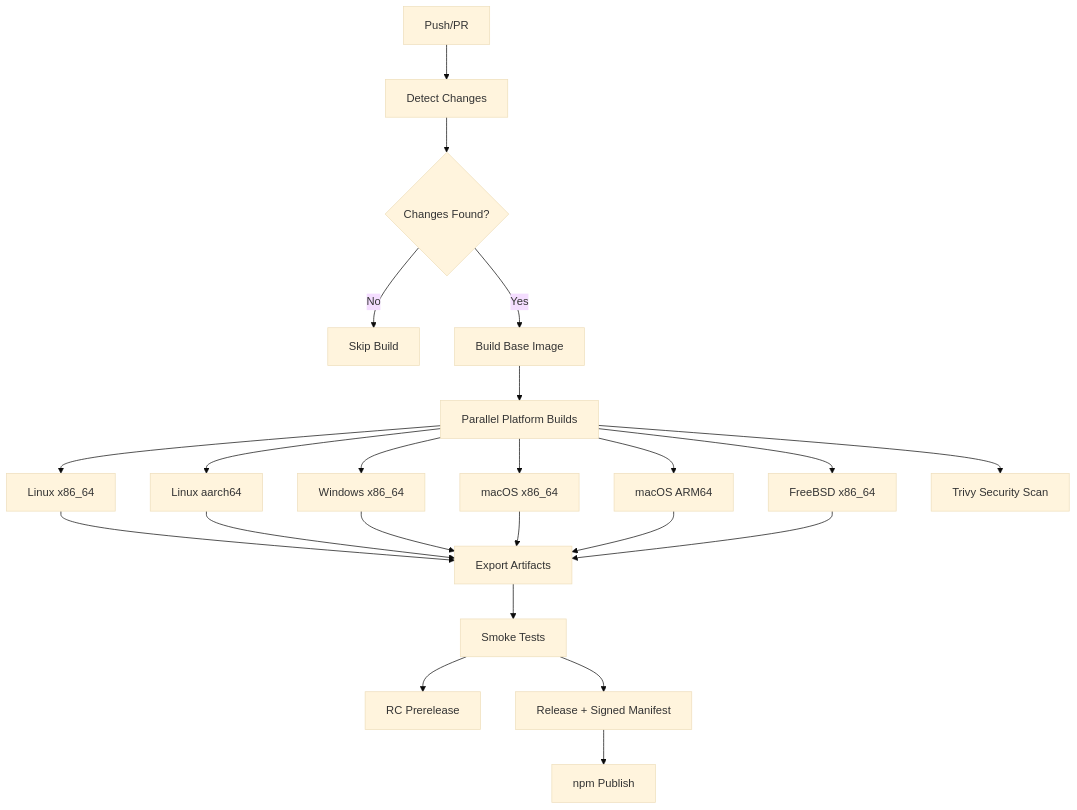
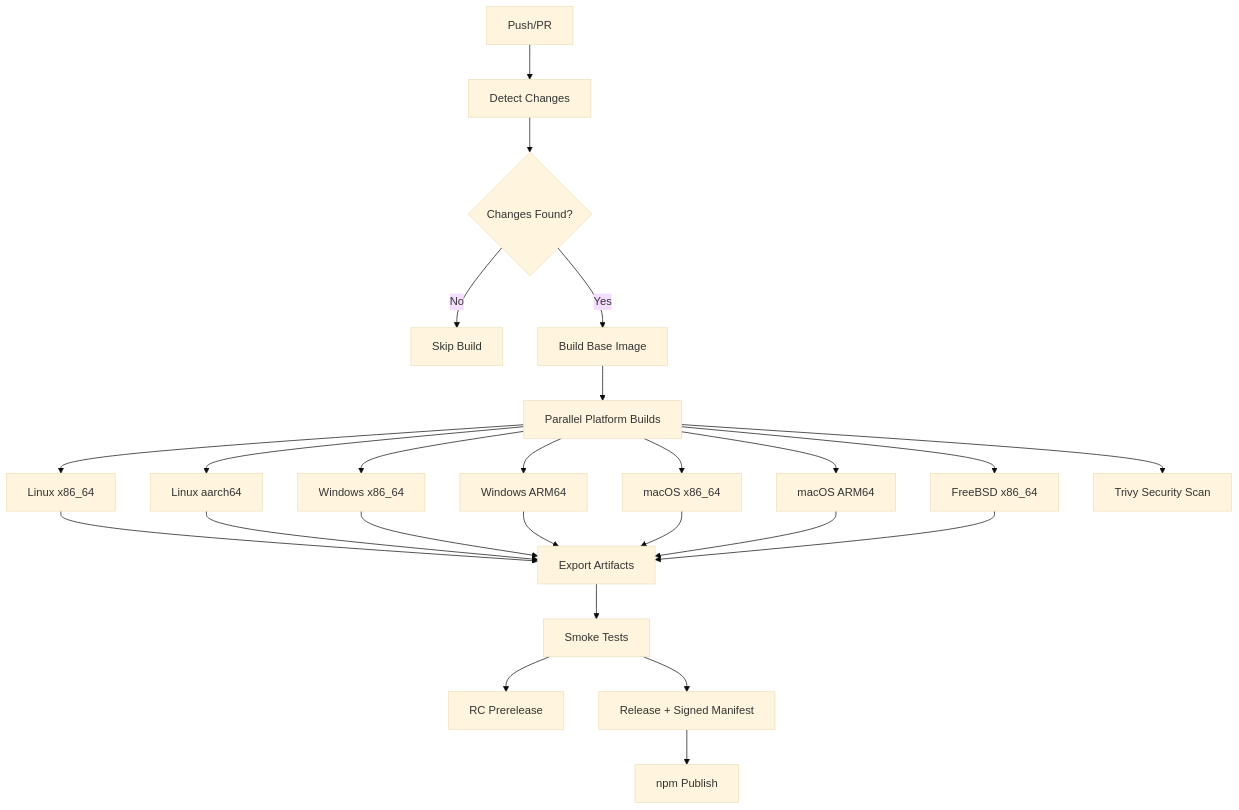
The diagram in README.md (NoMercy-Entertainment/NoMercyFFMpeg), drawn with Mermaid (base theme) before and after one commit. The commit also changed other lines of this file and 13 other files, not shown here.

````diff
--- a/README.md
+++ b/README.md
@@ -86,25 +97,27 @@
 ```mermaid
 graph TD
     A[Push/PR] --> B[Detect Changes]
     B --> C{Changes Found?}
     C -->|No| Z[Skip Build]
     C -->|Yes| D[Build Base Image]
     D --> E[Parallel Platform Builds]
     E --> F[Linux x86_64]
     E --> G[Linux aarch64]
     E --> H[Windows x86_64]
+    E --> H2[Windows ARM64]
     E --> I[macOS x86_64]
     E --> J[macOS ARM64]
     E --> K[FreeBSD x86_64]
     F --> L[Export Artifacts]
     G --> L
     H --> L
+    H2 --> L
     I --> L
     J --> L
     K --> L
     E --> M[Trivy Security Scan]
     L --> N[Smoke Tests]
     N --> O[RC Prerelease]
     N --> P[Release + Signed Manifest]
     P --> Q[npm Publish]
 ```
````
